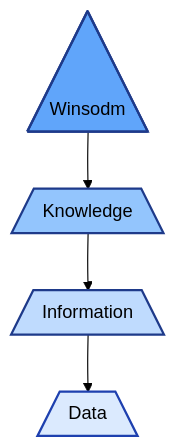
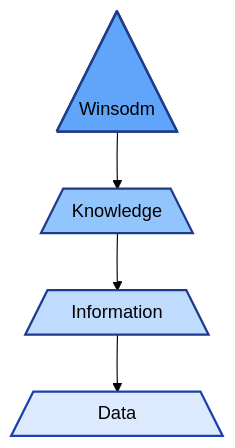
One commit to SamueleFacenda/obsidian changed the diagram in unitn/altro/Logica Computazionale.md. Above: the diagram before and after it, drawn with Mermaid (forest theme). The commit also changed other lines of this file, not shown here.

````diff
--- a/unitn/altro/Logica Computazionale.md
+++ b/unitn/altro/Logica Computazionale.md
@@ -59,16 +59,16 @@
 ```mermaid
 flowchart TD
     W@{ shape: tri, label: "Winsodm" }
     K[/Knowledge\]
-    I[/    Information     \]
-    D[/"     Data    "\]
+    I[/&nbsp;&nbsp;&nbsp;Information&nbsp;&nbsp;&nbsp;\]
+    D[/&nbsp;&nbsp;&nbsp;&nbsp;&nbsp;&nbsp;&nbsp;&nbsp;&nbsp;&nbsp;&nbsp;Data&nbsp;&nbsp;&nbsp;&nbsp;&nbsp;&nbsp;&nbsp;&nbsp;&nbsp;&nbsp;&nbsp;\]
     
     W --> K
     K --> I
     I --> D
 
     style W fill:#60a5fa,stroke:#1e3a8a,stroke-width:2px
     style K fill:#93c5fd,stroke:#1e3a8a,stroke-width:2px
     style I fill:#bfdbfe,stroke:#1e3a8a,stroke-width:2px
     style D fill:#dbeafe,stroke:#1e40af,stroke-width:2px
 ```
````
